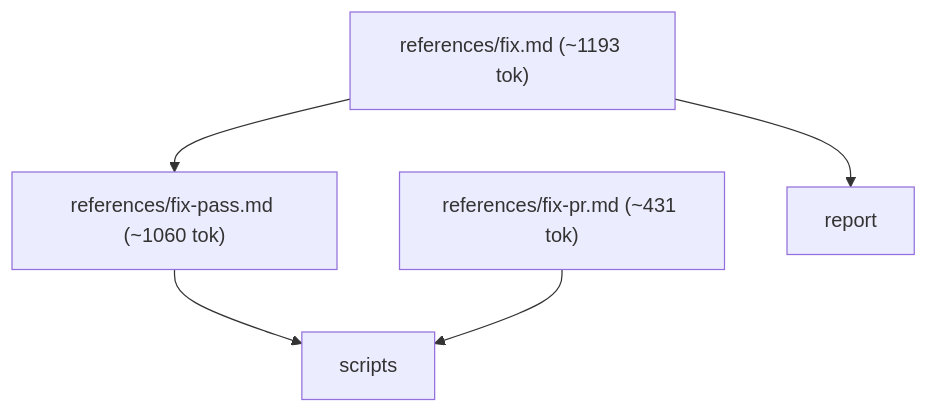
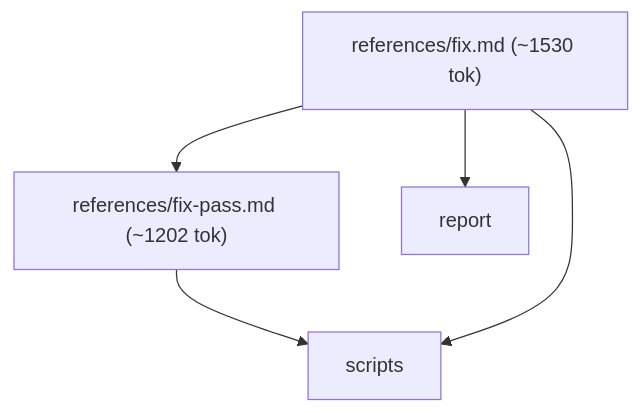
Before and after one commit to alecegg/varde: the second of 8 diagrams in skills/varde-review/FLOW.md, drawn with Mermaid. The commit also changed other lines of this file and 269 other files, not shown here.

````diff
--- a/skills/varde-review/FLOW.md
+++ b/skills/varde-review/FLOW.md
@@ -50,12 +49,11 @@
 ```mermaid
 flowchart TD
-  n0["references/fix-pass.md (~1060 tok)"]
-  n1["references/fix-pr.md (~431 tok)"]
-  n2["references/fix.md (~1193 tok)"]
-  n3["report"]
-  n4["scripts"]
-  n0 --> n4
-  n1 --> n4
-  n2 --> n0
-  n2 --> n3
+  n0["references/fix-pass.md (~1202 tok)"]
+  n1["references/fix.md (~1530 tok)"]
+  n2["report"]
+  n3["scripts"]
+  n0 --> n3
+  n1 --> n0
+  n1 --> n2
+  n1 --> n3
 ```
````
